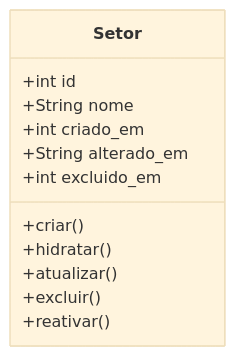
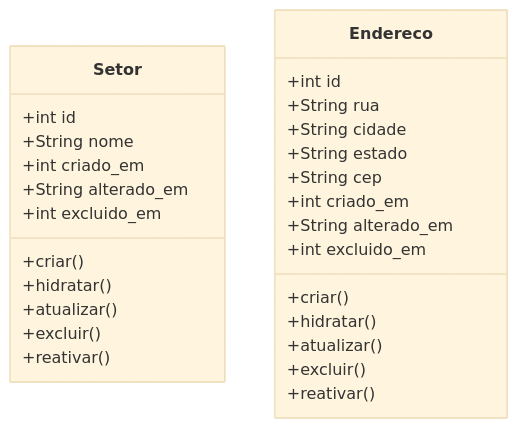
Before and after one commit to gab-szz/fastify-gerenciamento-de-usuarios-port: the second of 3 diagrams in README.md, drawn with Mermaid (base theme). The commit also changed 1 other file, not shown here.

Commit message:
adiciona classe Endereco ao diagrama de classes e remove README da camada de domínio de Setor

````diff
--- a/README.md
+++ b/README.md
@@ -69,17 +69,33 @@
 ```mermaid
 classDiagram
 direction TB
     class Setor {
 	    +int id
 	    +String nome
       +int criado_em
 	    +String alterado_em
       +int excluido_em
 	    +criar()
       +hidratar()
 	    +atualizar()
       +excluir()
       +reativar()
     }
 
+    class Endereco {
+	    +int id
+	    +String rua
+      +String cidade
+      +String estado
+      +String cep
+      +int criado_em
+	    +String alterado_em
+      +int excluido_em
+	    +criar()
+      +hidratar()
+	    +atualizar()
+      +excluir()
+      +reativar()
+    }
+
 ```
````
